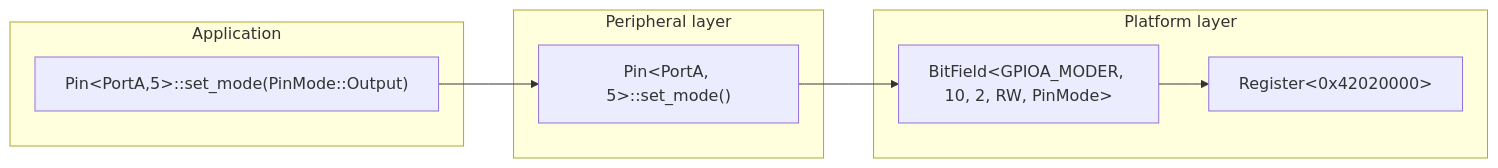
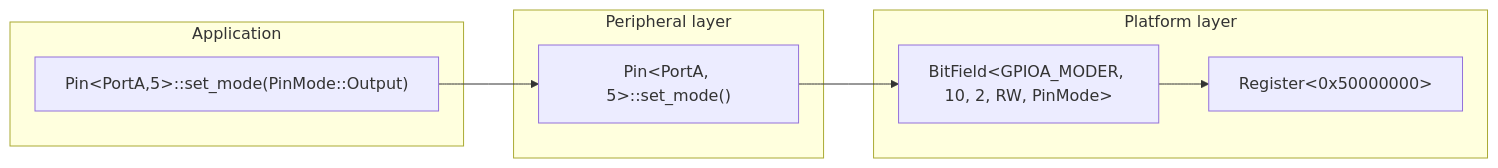
One commit to grahame-org/ohal changed the seventh of 13 diagrams in docs/plan.md. Above: the diagram before and after it, drawn with Mermaid. The commit also changed 2 other files, not shown here.

Commit message:
docs: correct GPIO memory addresses in MCU selection document (#13)

````diff
--- a/docs/plan.md
+++ b/docs/plan.md
@@ -450,16 +450,16 @@
 ```mermaid
 graph LR
     subgraph "Platform layer"
-        GPIOA_MODER["Register&lt;0x42020000&gt;"]
+        GPIOA_MODER["Register&lt;0x50000000&gt;"]
         MODER_PIN5["BitField&lt;GPIOA_MODER, 10, 2, RW, PinMode&gt;"]
     end
     subgraph "Peripheral layer"
         PIN["Pin&lt;PortA, 5&gt;::set_mode()"]
     end
     subgraph "Application"
         APP["Pin&lt;PortA,5&gt;::set_mode(PinMode::Output)"]
     end
     APP --> PIN
     PIN --> MODER_PIN5
     MODER_PIN5 --> GPIOA_MODER
 ```
````
